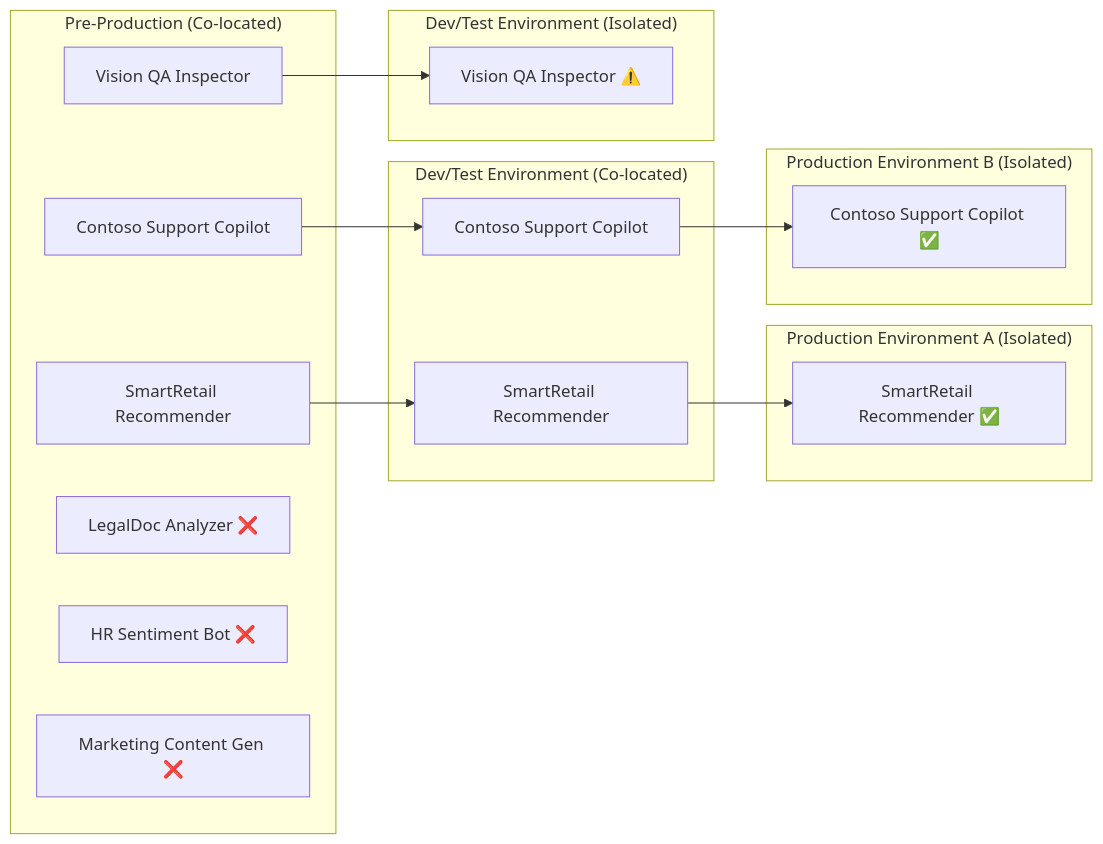
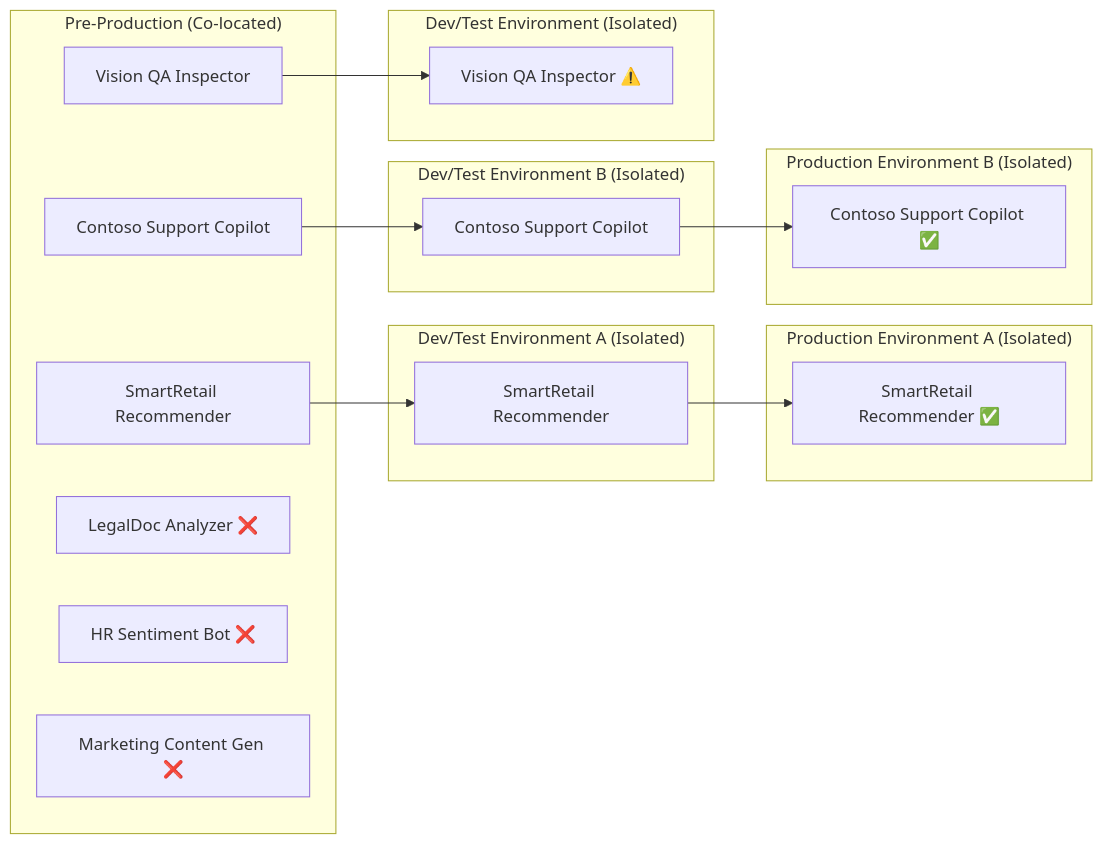
Before and after one commit to MicrosoftDocs/cloud-adoption-framework: the diagram in docs/ai/platform/ai-platform-sharing-isolation-colocation.md, drawn with Mermaid.

````diff
--- a/docs/ai/platform/ai-platform-sharing-isolation-colocation.md
+++ b/docs/ai/platform/ai-platform-sharing-isolation-colocation.md
@@ -97,39 +97,43 @@
 ```mermaid
 flowchart LR
 
     %% Pre-Production
     subgraph PreProd["Pre-Production (Co-located)"]
         P1[SmartRetail Recommender]
         P2[Contoso Support Copilot]
         P3[Vision QA Inspector]
         P4[LegalDoc Analyzer ❌]
         P5[HR Sentiment Bot ❌]
         P6[Marketing Content Gen ❌]
     end
 
-    %% Dev/Test - Co-located
-    subgraph DevTestShared["Dev/Test Environment (Co-located)"]
+    %% Dev/Test - Isolated workload A
+    subgraph DevTestA["Dev/Test Environment A (Isolated)"]
         D1[SmartRetail Recommender]
+    end
+
+    %% Dev/Test - Isolated workload B
+    subgraph DevTestB["Dev/Test Environment B (Isolated)"]
         D2[Contoso Support Copilot]
     end
 
-    %% Dev/Test - Isolated workload B
+    %% Dev/Test - Isolated workload C
     subgraph DevTestIso["Dev/Test Environment (Isolated)"]
         D3[Vision QA Inspector ⚠️]
     end
 
     %% Production - Isolated Workload A
     subgraph ProdA["Production Environment A (Isolated)"]
         PR1[SmartRetail Recommender ✅]
     end
 
     %% Production - Isolated Workload B
     subgraph ProdB["Production Environment B (Isolated)"]
         PR2[Contoso Support Copilot ✅]
     end
 
     %% Promotion paths
     P1 --> D1 --> PR1
     P2 --> D2 --> PR2
     P3 --> D3
 ```
````
